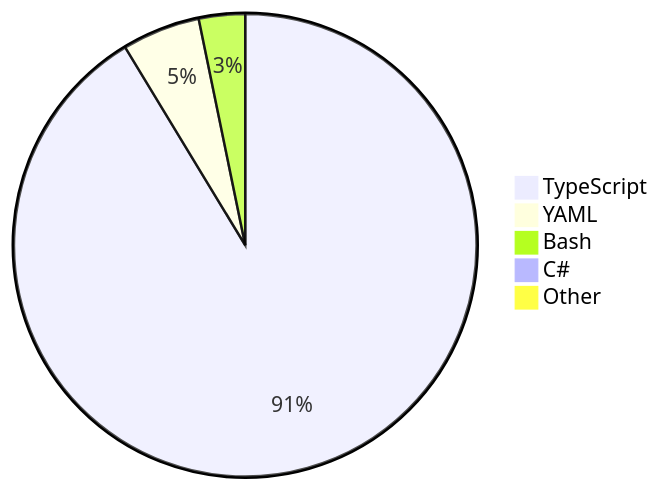
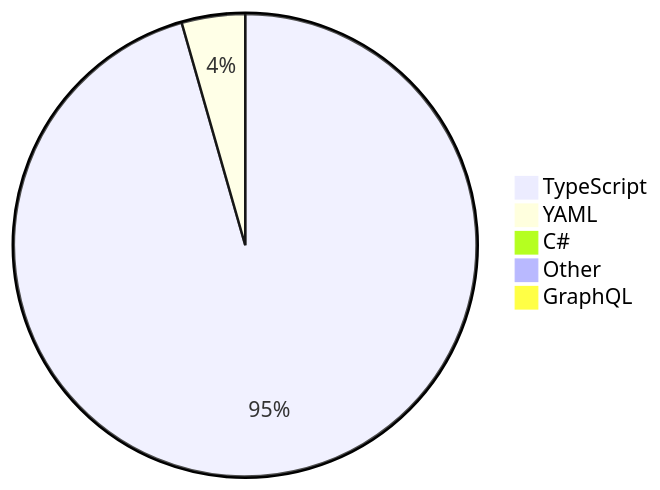
The diagram in README.md (skvggor/skvggor), drawn with Mermaid before and after one commit.

Commit message:
Updated waka-readme graph with new metrics

````diff
--- a/README.md
+++ b/README.md
@@ -16,8 +16,8 @@
 ```mermaid
 pie
-    "TypeScript" : 90.5
-    "YAML" : 5.4
-    "Bash" : 3.2
-    "C#" : 0.6
-    "Other" : 0.3
+    "TypeScript" : 94.9
+    "YAML" : 4.4
+    "C#" : 0.5
+    "Other" : 0.1
+    "GraphQL" : 0.0
 ```
````
